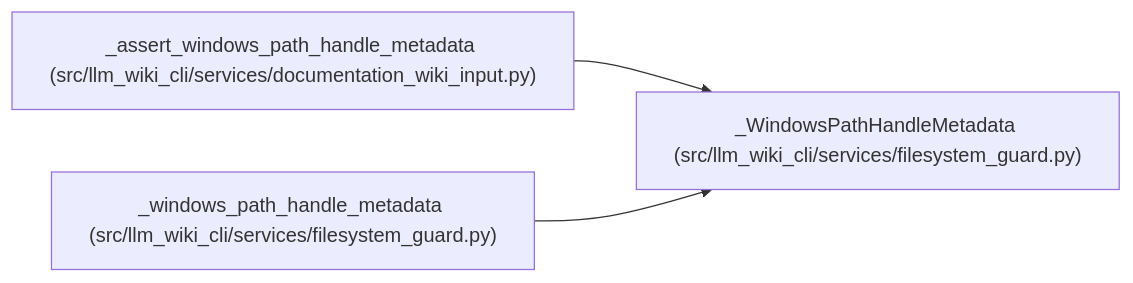
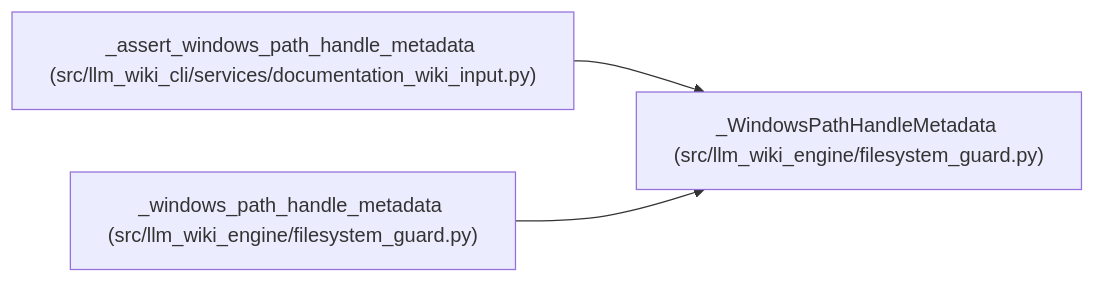
One commit to Denissvgn/python-wiki-llm changed the diagram in docs/llm_wiki/entities/WindowsPathHandleMetadata.md. Above: the diagram before and after it, drawn with Mermaid. The commit also changed other lines of this file and 739 other files, not shown here.

First line of the commit message:
docs: refresh the wiki for the second engine batch

````diff
--- a/docs/llm_wiki/entities/WindowsPathHandleMetadata.md
+++ b/docs/llm_wiki/entities/WindowsPathHandleMetadata.md
@@ -28,11 +28,11 @@
 ```mermaid
 flowchart LR
-    n0["_WindowsPathHandleMetadata (src/llm_wiki_cli/services/filesystem_guard.py)"]
+    n0["_WindowsPathHandleMetadata (src/llm_wiki_engine/filesystem_guard.py)"]
     n1["_assert_windows_path_handle_metadata (src/llm_wiki_cli/services/documentation_wiki_input.py)"]
-    n2["_windows_path_handle_metadata (src/llm_wiki_cli/services/filesystem_guard.py)"]
+    n2["_windows_path_handle_metadata (src/llm_wiki_engine/filesystem_guard.py)"]
     n1 --> n0
     n2 --> n0
     click n0 "../modules/filesystem_guard.md"
     click n1 "../modules/documentation_wiki_input.md"
     click n2 "../modules/filesystem_guard.md"
 ```
````
